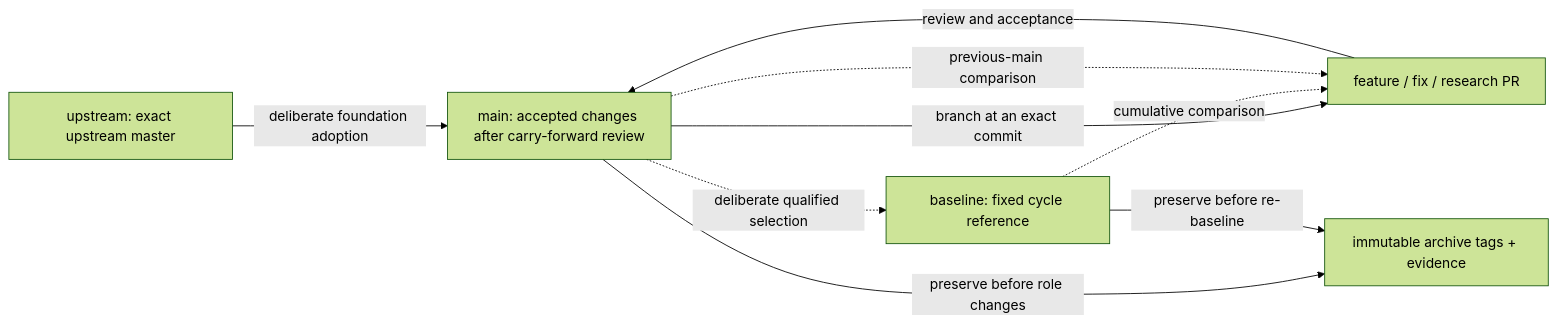
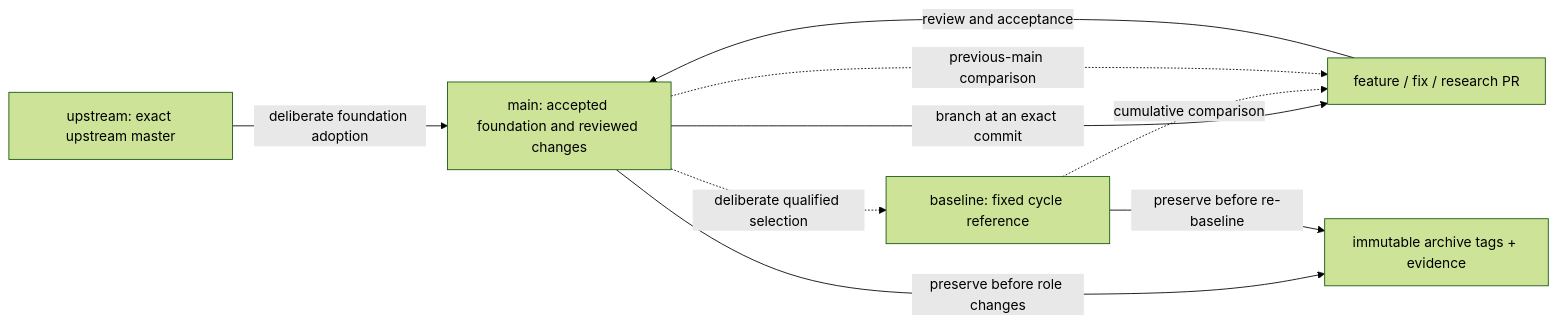
Before and after one commit to Mainkill1/xemu: the diagram in docs/repository-workflow.md, drawn with Mermaid (forest theme). The commit also changed other lines of this file and 4 other files, not shown here.

````diff
--- a/docs/repository-workflow.md
+++ b/docs/repository-workflow.md
@@ -57,11 +57,11 @@
 ```mermaid
 flowchart LR
-    U[upstream: exact upstream master] -->|deliberate foundation adoption| M[main: accepted changes after carry-forward review]
+    U[upstream: exact upstream master] -->|deliberate foundation adoption| M[main: accepted foundation and reviewed changes]
     M -->|branch at an exact commit| C[feature / fix / research PR]
     C -->|review and acceptance| M
     M -.->|deliberate qualified selection| B[baseline: fixed cycle reference]
     B -.->|cumulative comparison| C
     M -.->|previous-main comparison| C
     M -->|preserve before role changes| A[immutable archive tags + evidence]
     B -->|preserve before re-baseline| A
 ```
````
